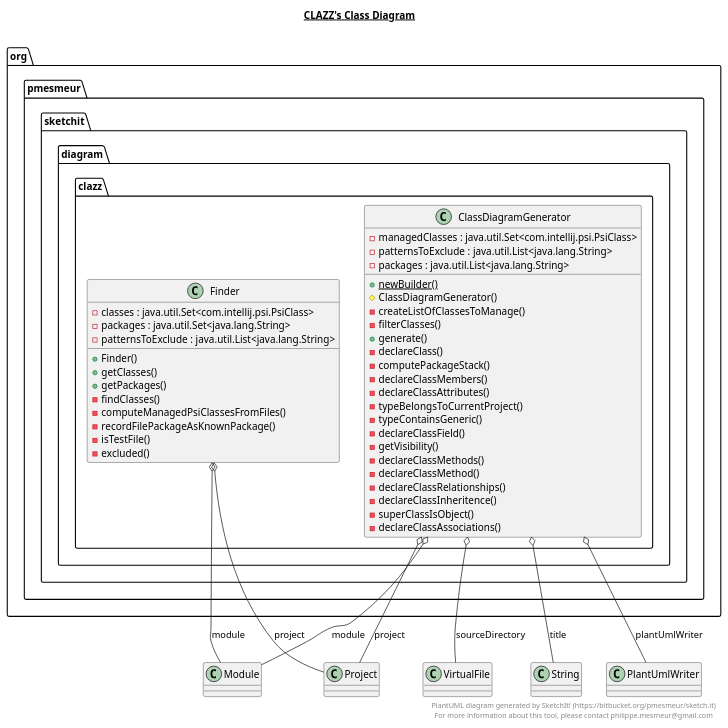
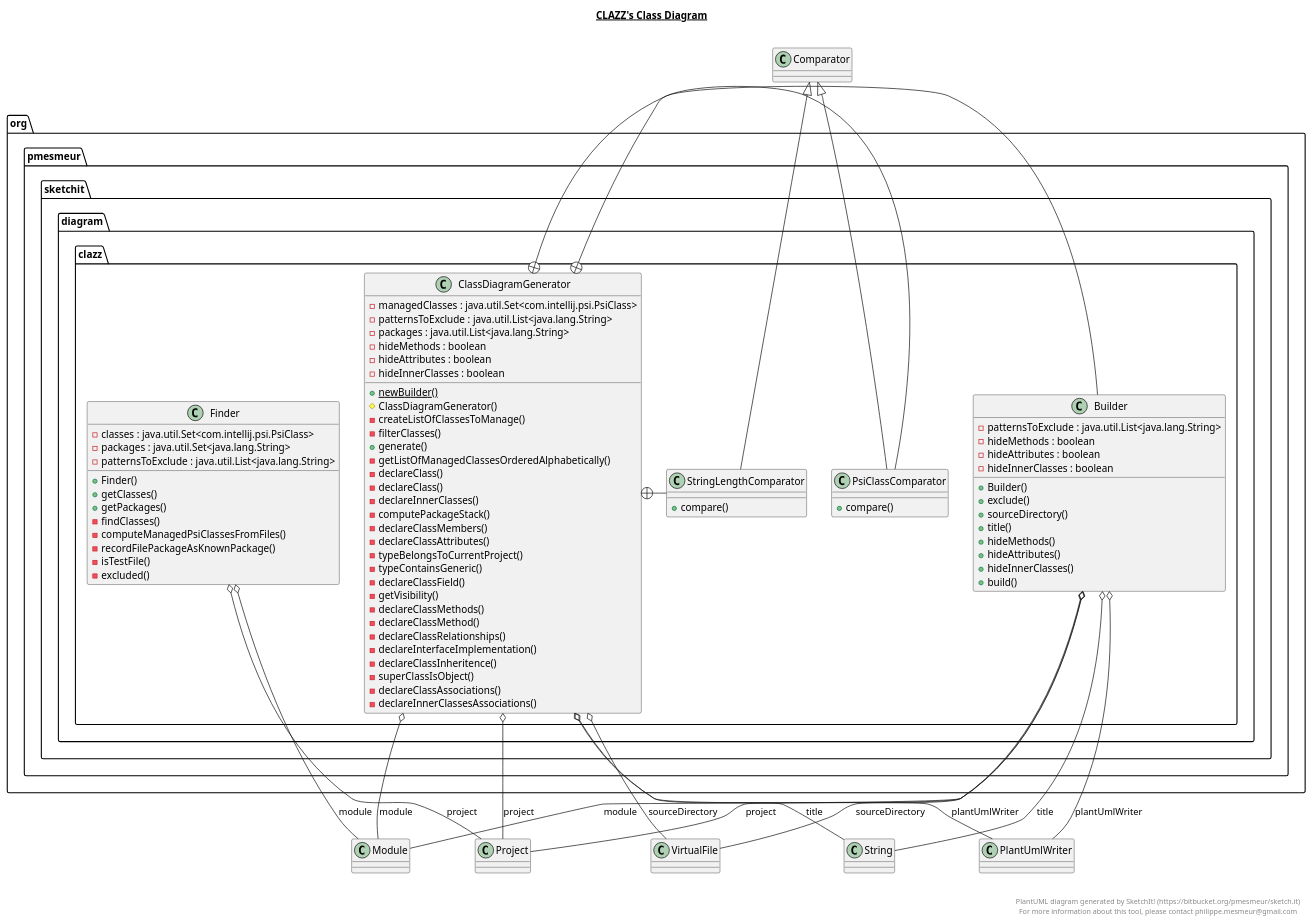
The diagram in src/org/pmesmeur/sketchit/diagram/clazz/clazz.plantuml (bigjimlefou/sketch.it), drawn with PlantUML before and after one commit. The commit also changed 5 other files, not shown here.

Commit message:
Update UML models

```diff
--- a/src/org/pmesmeur/sketchit/diagram/clazz/clazz.plantuml
+++ b/src/org/pmesmeur/sketchit/diagram/clazz/clazz.plantuml
@@ -1,71 +1,136 @@
 @startuml
 
 title __CLAZZ's Class Diagram__\n
 
-package org.pmesmeur.sketchit {
-package org.pmesmeur.sketchit.diagram {
-package org.pmesmeur.sketchit.diagram.clazz {
-class Finder {
-  - classes : java.util.Set<com.intellij.psi.PsiClass>
-  - packages : java.util.Set<java.lang.String>
-  - patternsToExclude : java.util.List<java.lang.String>
-  + Finder()
-  + getClasses()
-  + getPackages()
-  - findClasses()
-  - computeManagedPsiClassesFromFiles()
-  - recordFilePackageAsKnownPackage()
-  - isTestFile()
-  - excluded()
-}
-}
-}
-}
+  package org.pmesmeur.sketchit {
+    package org.pmesmeur.sketchit.diagram {
+      package org.pmesmeur.sketchit.diagram.clazz {
+        class ClassDiagramGenerator {
+            - managedClasses : java.util.Set<com.intellij.psi.PsiClass>
+            - patternsToExclude : java.util.List<java.lang.String>
+            - packages : java.util.List<java.lang.String>
+            - hideMethods : boolean
+            - hideAttributes : boolean
+            - hideInnerClasses : boolean
+            {static} + newBuilder()
+            # ClassDiagramGenerator()
+            - createListOfClassesToManage()
+            - filterClasses()
+            + generate()
+            - getListOfManagedClassesOrderedAlphabetically()
+            - declareClass()
+            - declareClass()
+            - declareInnerClasses()
+            - computePackageStack()
+            - declareClassMembers()
+            - declareClassAttributes()
+            - typeBelongsToCurrentProject()
+            - typeContainsGeneric()
+            - declareClassField()
+            - getVisibility()
+            - declareClassMethods()
+            - declareClassMethod()
+            - declareClassRelationships()
+            - declareInterfaceImplementation()
+            - declareClassInheritence()
+            - superClassIsObject()
+            - declareClassAssociations()
+            - declareInnerClassesAssociations()
+        }
+      }
+    }
+  }
+  
+
+  package org.pmesmeur.sketchit {
+    package org.pmesmeur.sketchit.diagram {
+      package org.pmesmeur.sketchit.diagram.clazz {
+        class Builder {
+            - patternsToExclude : java.util.List<java.lang.String>
+            - hideMethods : boolean
+            - hideAttributes : boolean
+            - hideInnerClasses : boolean
+            + Builder()
+            + exclude()
+            + sourceDirectory()
+            + title()
+            + hideMethods()
+            + hideAttributes()
+            + hideInnerClasses()
+            + build()
+        }
+      }
+    }
+  }
+  
+
+  package org.pmesmeur.sketchit {
+    package org.pmesmeur.sketchit.diagram {
+      package org.pmesmeur.sketchit.diagram.clazz {
+        class StringLengthComparator {
+            + compare()
+        }
+      }
+    }
+  }
+  
+
+  package org.pmesmeur.sketchit {
+    package org.pmesmeur.sketchit.diagram {
+      package org.pmesmeur.sketchit.diagram.clazz {
+        class PsiClassComparator {
+            + compare()
+        }
+      }
+    }
+  }
+  
+
+  package org.pmesmeur.sketchit {
+    package org.pmesmeur.sketchit.diagram {
+      package org.pmesmeur.sketchit.diagram.clazz {
+        class Finder {
+            - classes : java.util.Set<com.intellij.psi.PsiClass>
+            - packages : java.util.Set<java.lang.String>
+            - patternsToExclude : java.util.List<java.lang.String>
+            + Finder()
+            + getClasses()
+            + getPackages()
+            - findClasses()
+            - computeManagedPsiClassesFromFiles()
+            - recordFilePackageAsKnownPackage()
+            - isTestFile()
+            - excluded()
+        }
+      }
+    }
+  }
+  
+
+  ClassDiagramGenerator o-- PlantUmlWriter : plantUmlWriter
+  ClassDiagramGenerator o-- Project : project
+  ClassDiagramGenerator o-- Module : module
+  ClassDiagramGenerator o-- VirtualFile : sourceDirectory
+  ClassDiagramGenerator o-- String : title
+  ClassDiagramGenerator +-right- Builder
+  ClassDiagramGenerator +-right- StringLengthComparator
+  ClassDiagramGenerator +-right- PsiClassComparator
+  Builder o-- PlantUmlWriter : plantUmlWriter
+  Builder o-- Project : project
+  Builder o-- Module : module
+  Builder o-- VirtualFile : sourceDirectory
+  Builder o-- String : title
+  StringLengthComparator -up-|> Comparator
+  PsiClassComparator -up-|> Comparator
+  Finder o-- Project : project
+  Finder o-- Module : module
 
 
-package org.pmesmeur.sketchit {
-package org.pmesmeur.sketchit.diagram {
-package org.pmesmeur.sketchit.diagram.clazz {
-class ClassDiagramGenerator {
-  - managedClasses : java.util.Set<com.intellij.psi.PsiClass>
-  - patternsToExclude : java.util.List<java.lang.String>
-  - packages : java.util.List<java.lang.String>
-  {static} + newBuilder()
-  # ClassDiagramGenerator()
-  - createListOfClassesToManage()
-  - filterClasses()
-  + generate()
-  - declareClass()
-  - computePackageStack()
-  - declareClassMembers()
-  - declareClassAttributes()
-  - typeBelongsToCurrentProject()
-  - typeContainsGeneric()
-  - declareClassField()
-  - getVisibility()
-  - declareClassMethods()
-  - declareClassMethod()
-  - declareClassRelationships()
-  - declareClassInheritence()
-  - superClassIsObject()
-  - declareClassAssociations()
-}
-}
-}
-}
+right footer
 
 
-Finder o-- Project : project
-Finder o-- Module : module
-ClassDiagramGenerator o-- PlantUmlWriter : plantUmlWriter
-ClassDiagramGenerator o-- Project : project
-ClassDiagramGenerator o-- Module : module
-ClassDiagramGenerator o-- VirtualFile : sourceDirectory
-ClassDiagramGenerator o-- String : title
-
-right footer
 PlantUML diagram generated by SketchIt! (https://bitbucket.org/pmesmeur/sketch.it)
 For more information about this tool, please contact philippe.mesmeur@gmail.com
 endfooter
 
 @enduml
```
